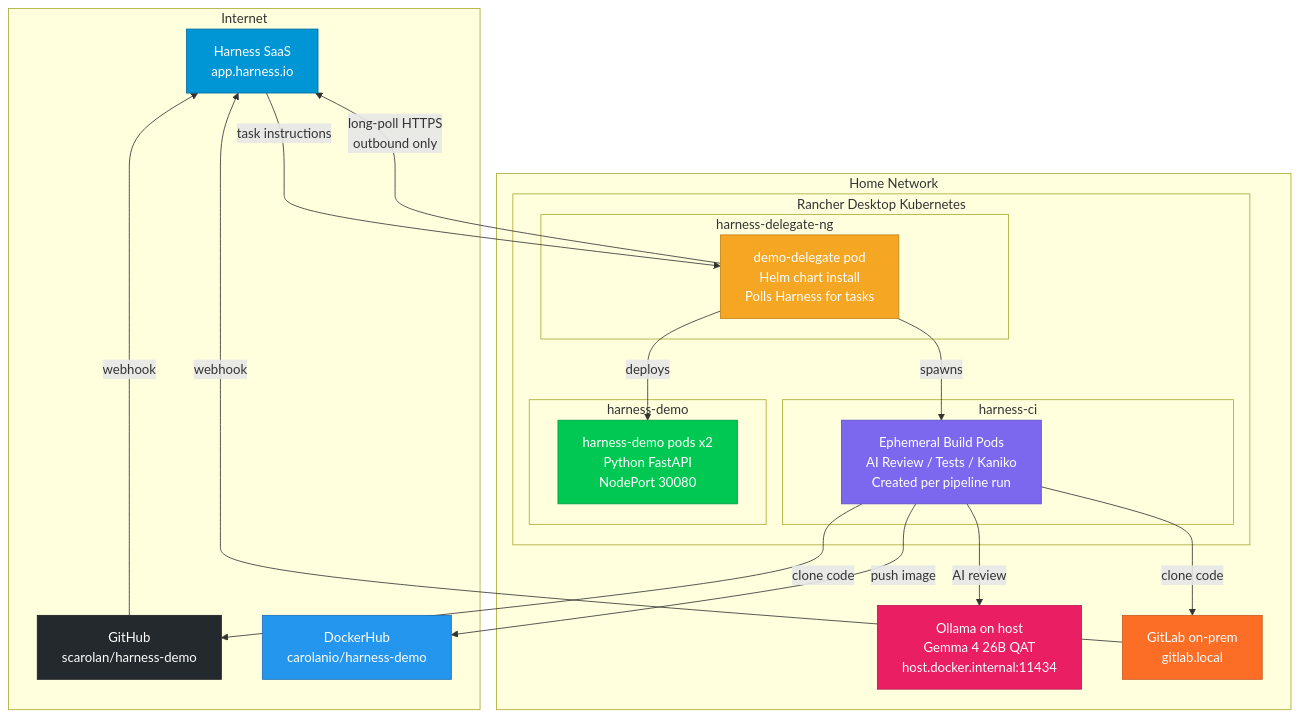
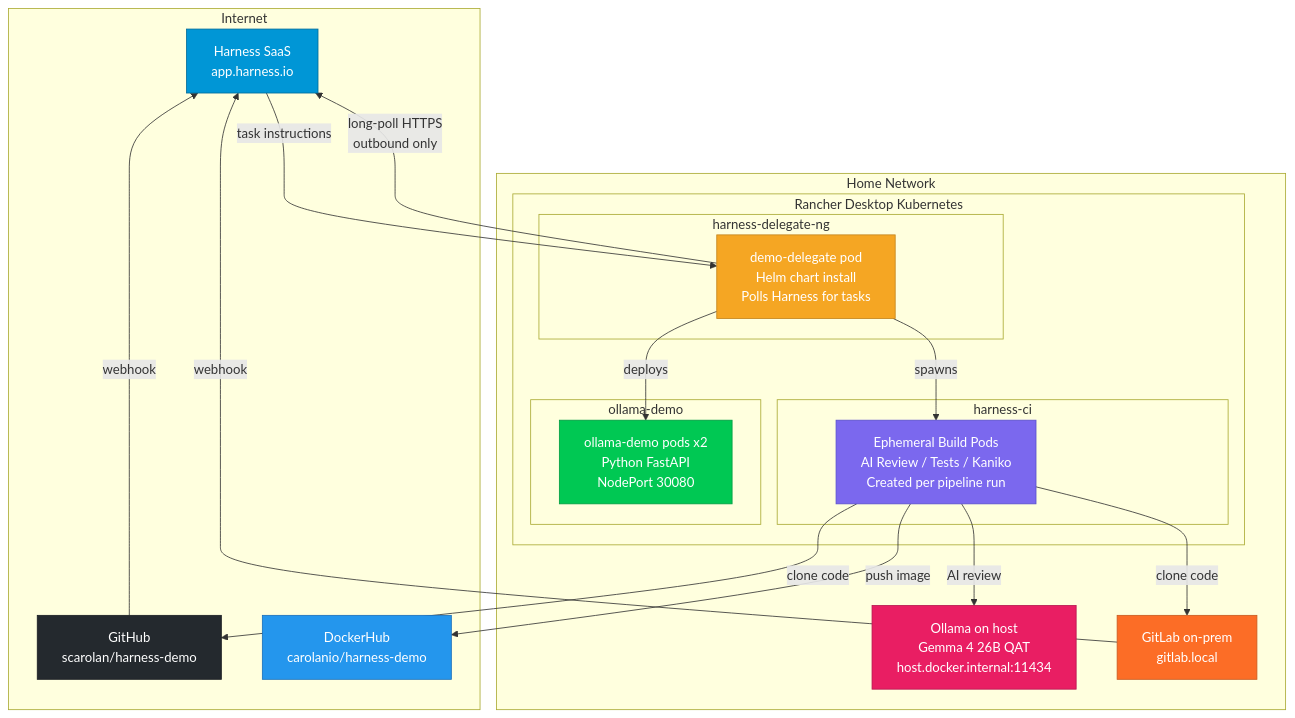
The first of 4 diagrams in docs/ARCHITECTURE.md (scarolan/harness-demo), drawn with Mermaid before and after one commit. The commit also changed other lines of this file and 12 other files, not shown here.

Commit message:
Rename K8s namespace and resources from harness-demo to ollama-demo

````diff
--- a/docs/ARCHITECTURE.md
+++ b/docs/ARCHITECTURE.md
@@ -5,44 +5,44 @@
 ```mermaid
 graph TB
     subgraph Internet
         HARNESS[Harness SaaS<br/>app.harness.io]
         GITHUB[GitHub<br/>scarolan/harness-demo]
         DOCKERHUB[DockerHub<br/>carolanio/harness-demo]
     end
 
     subgraph Home Network
         subgraph Rancher Desktop Kubernetes
             subgraph harness-delegate-ng
                 DELEGATE[demo-delegate pod<br/>Helm chart install<br/>Polls Harness for tasks]
             end
             subgraph harness-ci
                 BUILD[Ephemeral Build Pods<br/>AI Review / Tests / Kaniko<br/>Created per pipeline run]
             end
-            subgraph harness-demo
-                APP1[harness-demo pods x2<br/>Python FastAPI<br/>NodePort 30080]
+            subgraph ollama-demo
+                APP1[ollama-demo pods x2<br/>Python FastAPI<br/>NodePort 30080]
             end
         end
         OLLAMA[Ollama on host<br/>Gemma 4 26B QAT<br/>host.docker.internal:11434]
         GITLAB[GitLab on-prem<br/>gitlab.local]
     end
 
     GITHUB -->|webhook| HARNESS
     GITLAB -->|webhook| HARNESS
     DELEGATE -->|long-poll HTTPS<br/>outbound only| HARNESS
     HARNESS -->|task instructions| DELEGATE
     DELEGATE -->|spawns| BUILD
     DELEGATE -->|deploys| APP1
     BUILD -->|clone code| GITHUB
     BUILD -->|clone code| GITLAB
     BUILD -->|AI review| OLLAMA
     BUILD -->|push image| DOCKERHUB
 
     style HARNESS fill:#0096d6,stroke:#006b99,color:#fff
     style GITHUB fill:#24292e,stroke:#1b1f23,color:#fff
     style DOCKERHUB fill:#2496ed,stroke:#1a6fba,color:#fff
     style DELEGATE fill:#f5a623,stroke:#c4841c,color:#fff
     style BUILD fill:#7b68ee,stroke:#5a4fcf,color:#fff
     style APP1 fill:#00c853,stroke:#009e42,color:#fff
     style OLLAMA fill:#e91e63,stroke:#b71550,color:#fff
     style GITLAB fill:#fc6d26,stroke:#c95a1f,color:#fff
 ```
````
